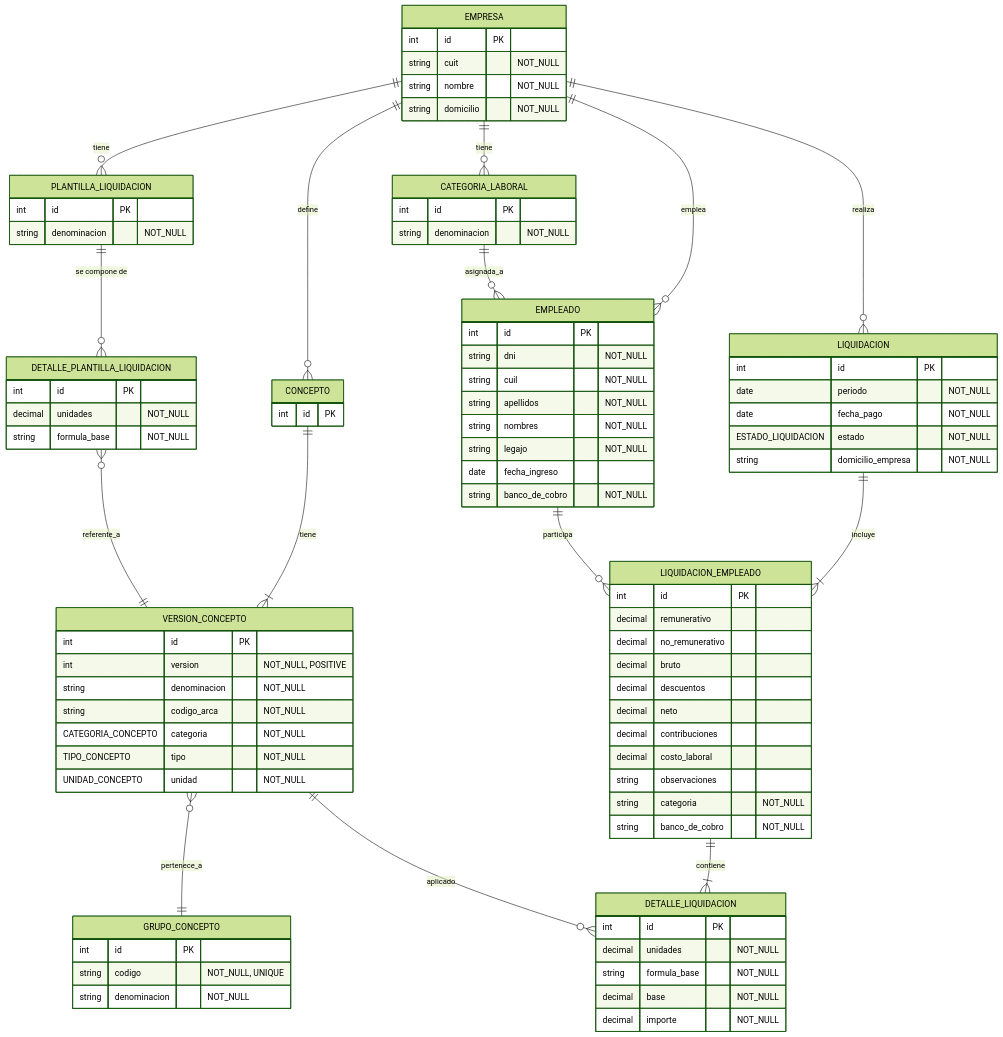
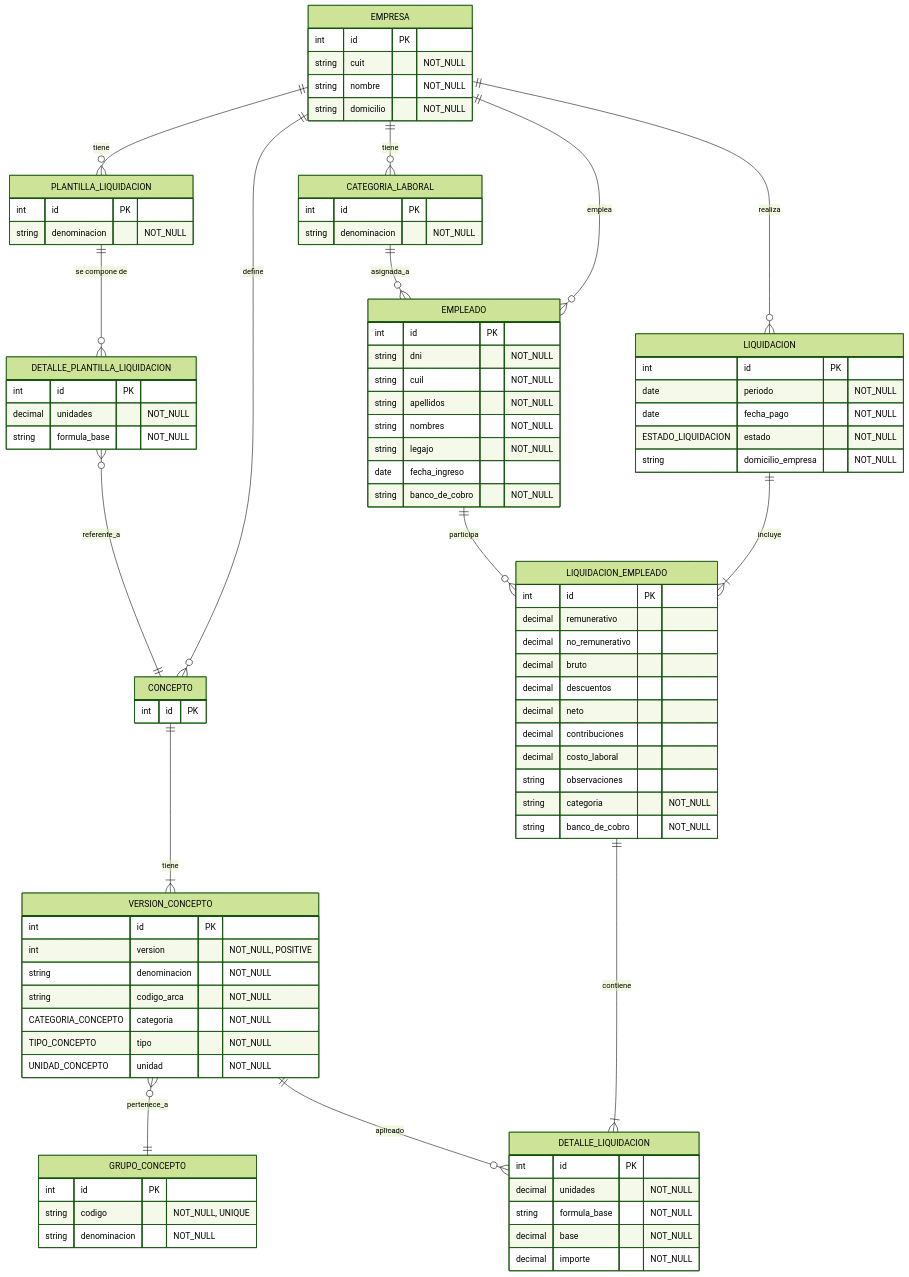
Before and after one commit to IgnacioAusili/ms_contable: the diagram in docs/dominio/der.md, drawn with Mermaid (forest theme). The commit also changed 10 other files, not shown here.

```diff
--- a/docs/dominio/der.md
+++ b/docs/dominio/der.md
@@ -7,7 +7,7 @@
 
     EMPRESA ||--o{ PLANTILLA_LIQUIDACION : tiene
     PLANTILLA_LIQUIDACION || --o{ DETALLE_PLANTILLA_LIQUIDACION : "se compone de"
-    DETALLE_PLANTILLA_LIQUIDACION }o -- || VERSION_CONCEPTO : referente_a
+    DETALLE_PLANTILLA_LIQUIDACION }o -- || CONCEPTO : referente_a
 
     EMPRESA ||--o{ CONCEPTO : define
     EMPRESA ||--o{ CATEGORIA_LABORAL : tiene
```
